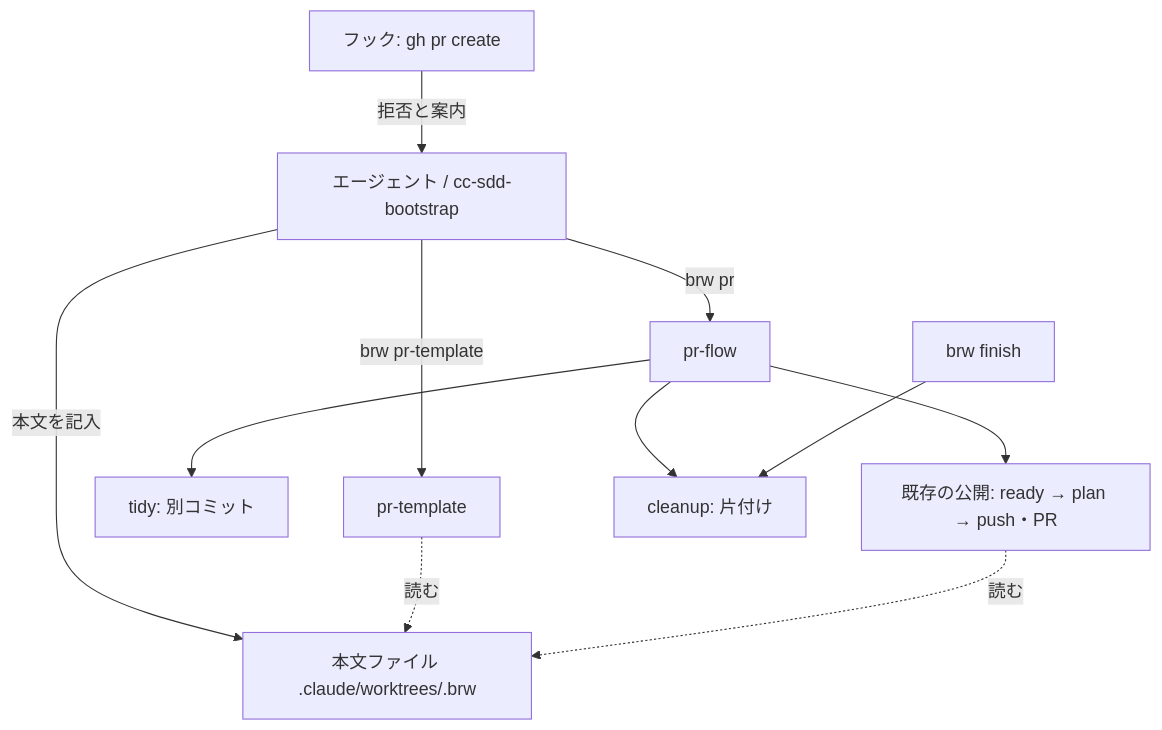
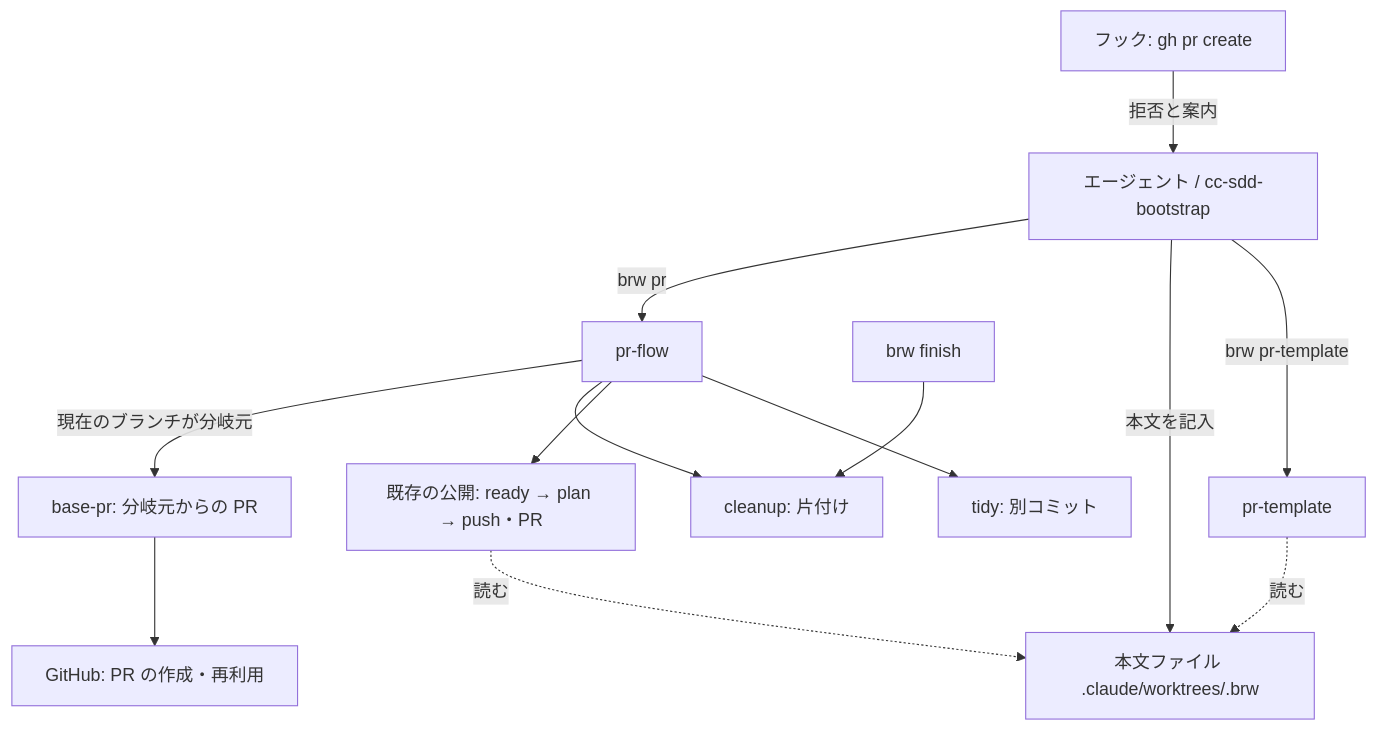
One commit to nekono-dev/branch-release-workflow changed the first of 3 diagrams in .kiro/specs/brw-pr-handoff/design.md. Above: the diagram before and after it, drawn with Mermaid. The commit also changed other lines of this file and 105 other files, not shown here.

````diff
--- a/.kiro/specs/brw-pr-handoff/design.md
+++ b/.kiro/specs/brw-pr-handoff/design.md
@@ -58,13 +61,15 @@
 ```mermaid
 flowchart TD
   AG[エージェント / cc-sdd-bootstrap] -->|brw pr-template| PT[pr-template]
   AG -->|本文を記入| BF[本文ファイル .claude/worktrees/.brw]
   AG -->|brw pr| PF[pr-flow]
   PF --> TD[tidy: 別コミット]
   PF --> PUB[既存の公開: ready → plan → push・PR]
   PF --> CL[cleanup: 片付け]
+  PF -->|現在のブランチが分岐元| BP[base-pr: 分岐元からの PR]
+  BP --> GH[GitHub: PR の作成・再利用]
   FIN[brw finish] --> CL
   PT -.読む.-> BF
   PUB -.読む.-> BF
   HK[フック: gh pr create] -->|拒否と案内| AG
 ```
````
